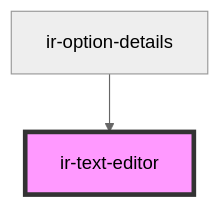
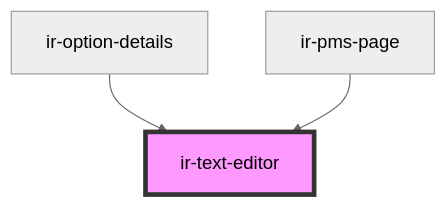
Before and after one commit to RonyRizk/ir-webcmp: the diagram in src/components/ui/ir-text-editor/readme.md, drawn with Mermaid (neutral theme). The commit also changed other lines of this file and 11 other files, not shown here.

````diff
--- a/src/components/ui/ir-text-editor/readme.md
+++ b/src/components/ui/ir-text-editor/readme.md
@@ -35,5 +66,6 @@
 ```mermaid
 graph TD;
   ir-option-details --> ir-text-editor
+  ir-pms-page --> ir-text-editor
   style ir-text-editor fill:#f9f,stroke:#333,stroke-width:4px
 ```
````
